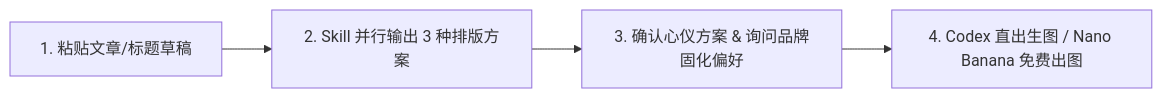
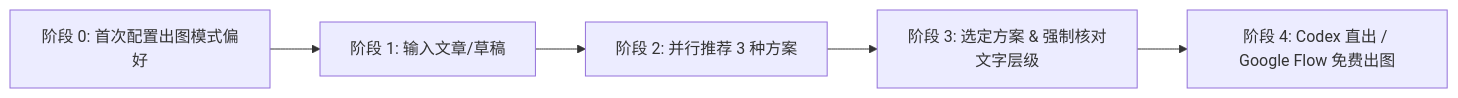
Before and after one commit to kaomei/cover-studio: the second of 2 diagrams in README.md, drawn with Mermaid. The commit also changed other lines of this file and 8 other files, not shown here.

````diff
--- a/README.md
+++ b/README.md
@@ -73,6 +75,7 @@
 ```mermaid
 flowchart LR
-    A[1. 粘贴文章/标题草稿] --> B[2. Skill 并行输出 3 种排版方案]
-    B --> C[3. 确认心仪方案 & 询问品牌固化偏好]
-    C --> D[4. Codex 直出生图 / Nano Banana 免费出图]
+    A[阶段 0: 首次配置出图模式偏好] --> B[阶段 1: 输入文章/草稿]
+    B --> C[阶段 2: 并行推荐 3 种方案]
+    C --> D[阶段 3: 选定方案 & 强制核对文字层级]
+    D --> E[阶段 4: Codex 直出 / Google Flow 免费出图]
 ```
````
